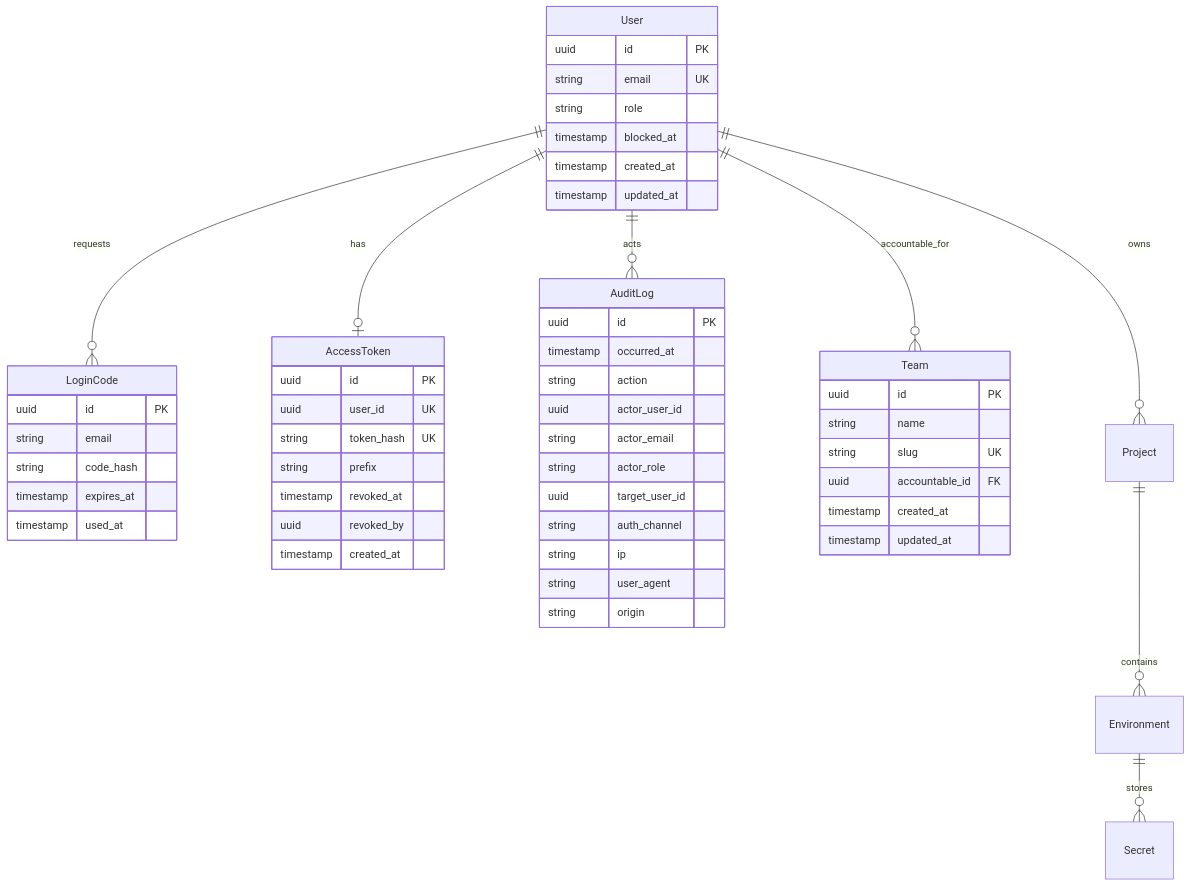
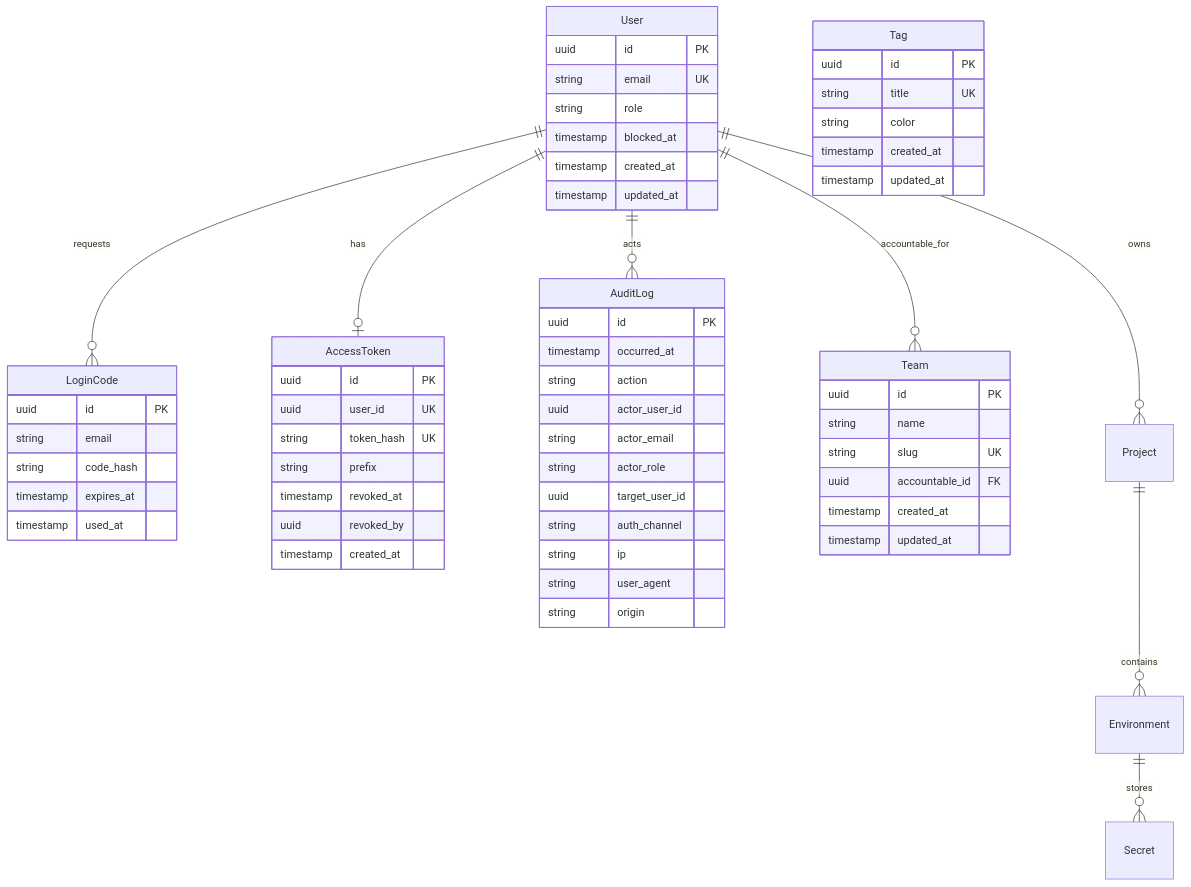
Before and after one commit to vmarinho22/envm-vault: the second of 2 diagrams in docs/architecture.md, drawn with Mermaid. The commit also changed other lines of this file and 37 other files, not shown here.

````diff
--- a/docs/architecture.md
+++ b/docs/architecture.md
@@ -122,60 +130,67 @@
 ```mermaid
 erDiagram
   User ||--o{ LoginCode : requests
   User ||--o| AccessToken : has
   User ||--o{ AuditLog : acts
   User ||--o{ Team : accountable_for
   User ||--o{ Project : owns
   Project ||--o{ Environment : contains
   Environment ||--o{ Secret : stores
+  Tag {
+    uuid id PK
+    string title UK
+    string color
+    timestamp created_at
+    timestamp updated_at
+  }
 
   User {
     uuid id PK
     string email UK
     string role
     timestamp blocked_at
     timestamp created_at
     timestamp updated_at
   }
 
   Team {
     uuid id PK
     string name
     string slug UK
     uuid accountable_id FK
     timestamp created_at
     timestamp updated_at
   }
 
   LoginCode {
     uuid id PK
     string email
     string code_hash
     timestamp expires_at
     timestamp used_at
   }
 
   AccessToken {
     uuid id PK
     uuid user_id UK
     string token_hash UK
     string prefix
     timestamp revoked_at
     uuid revoked_by
     timestamp created_at
   }
 
   AuditLog {
     uuid id PK
     timestamp occurred_at
     string action
     uuid actor_user_id
     string actor_email
     string actor_role
     uuid target_user_id
     string auth_channel
     string ip
     string user_agent
     string origin
   }
 ```
````
